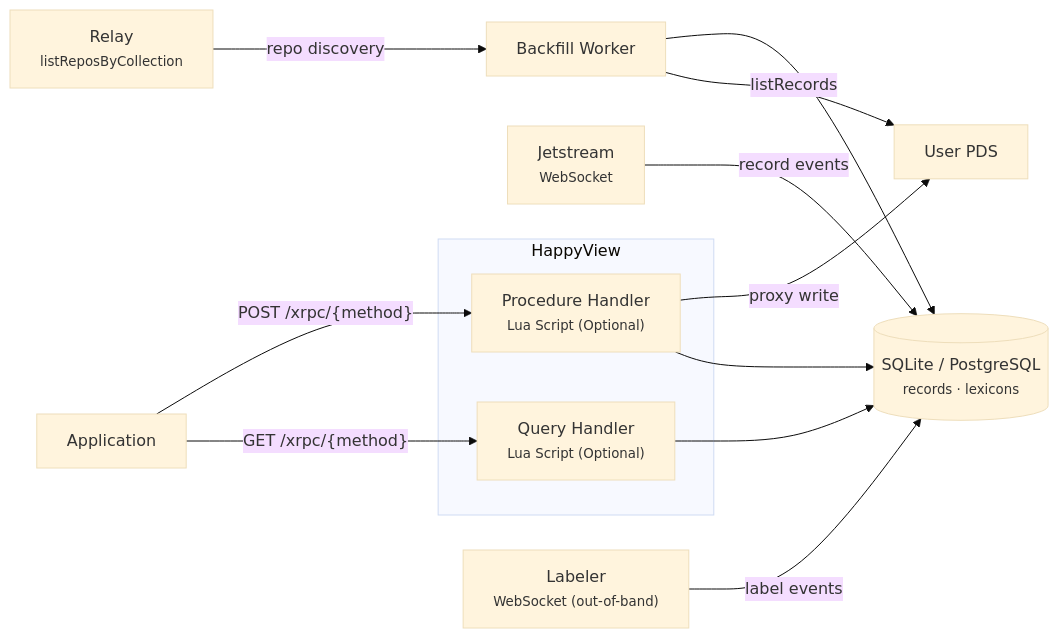
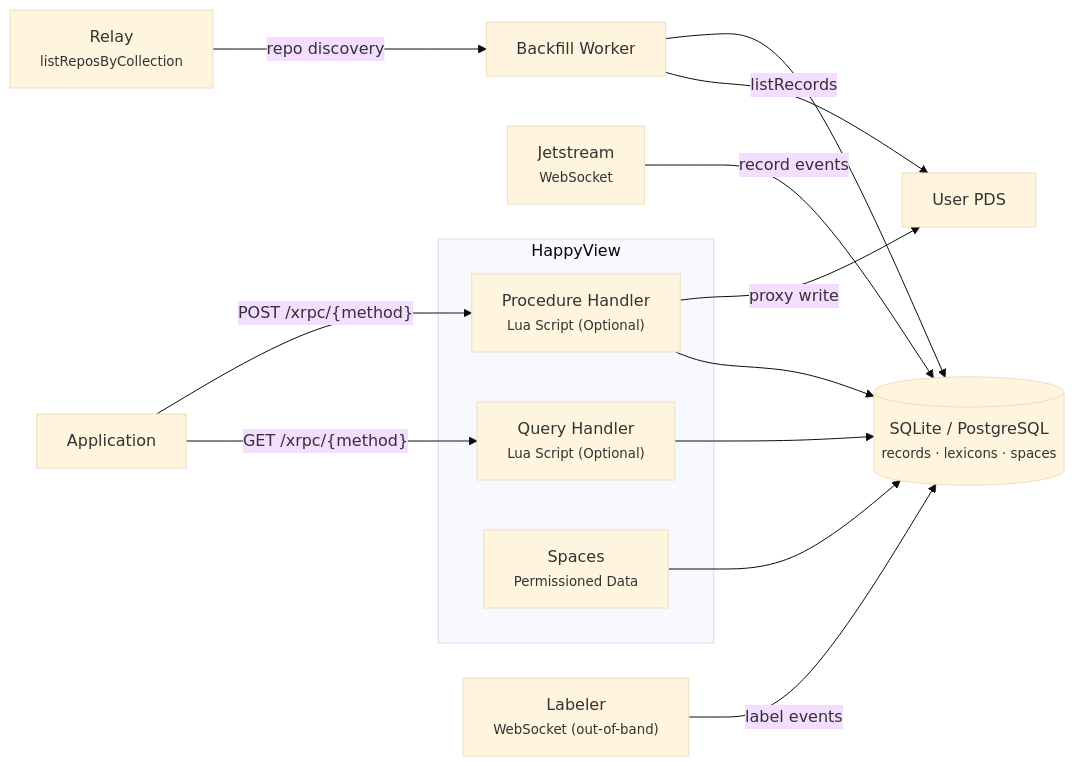
The first of 6 diagrams in packages/docs/content/docs/reference/architecture.md (edavis/happyview), drawn with Mermaid (base theme) before and after one commit. The commit also changed other lines of this file and 16 other files, not shown here.

Commit message:
docs: update docs for permissioned spaces updates

````diff
--- a/packages/docs/content/docs/reference/architecture.md
+++ b/packages/docs/content/docs/reference/architecture.md
@@ -9,26 +9,28 @@
 ```mermaid
 graph LR
   Application
 
   Application -->|"GET /xrpc/{method}"| Query
   Application -->|"POST /xrpc/{method}"| Procedure
 
   subgraph HappyView
     Query["Query Handler<br/><small>Lua Script (Optional)</small>"]
     Procedure["Procedure Handler<br/><small>Lua Script (Optional)</small>"]
+    Spaces["Spaces<br/><small>Permissioned Data</small>"]
   end
 
   Procedure --> DB
   Query --> DB
+  Spaces --> DB
 
   Procedure -->|proxy write| PDS["User PDS"]
 
-  DB[("SQLite / PostgreSQL<br/><small>records · lexicons</small>")]
+  DB[("SQLite / PostgreSQL<br/><small>records · lexicons · spaces</small>")]
 
   Jetstream["Jetstream<br/><small>WebSocket</small>"] -->|record events| DB
   Relay["Relay<br/><small>listReposByCollection</small>"] -->|repo discovery| Backfill
   Backfill["Backfill Worker"] -->|listRecords| PDS
   Backfill --> DB
 
   Labeler["Labeler<br/><small>WebSocket (out-of-band)</small>"] -->|label events| DB
 ```
````
